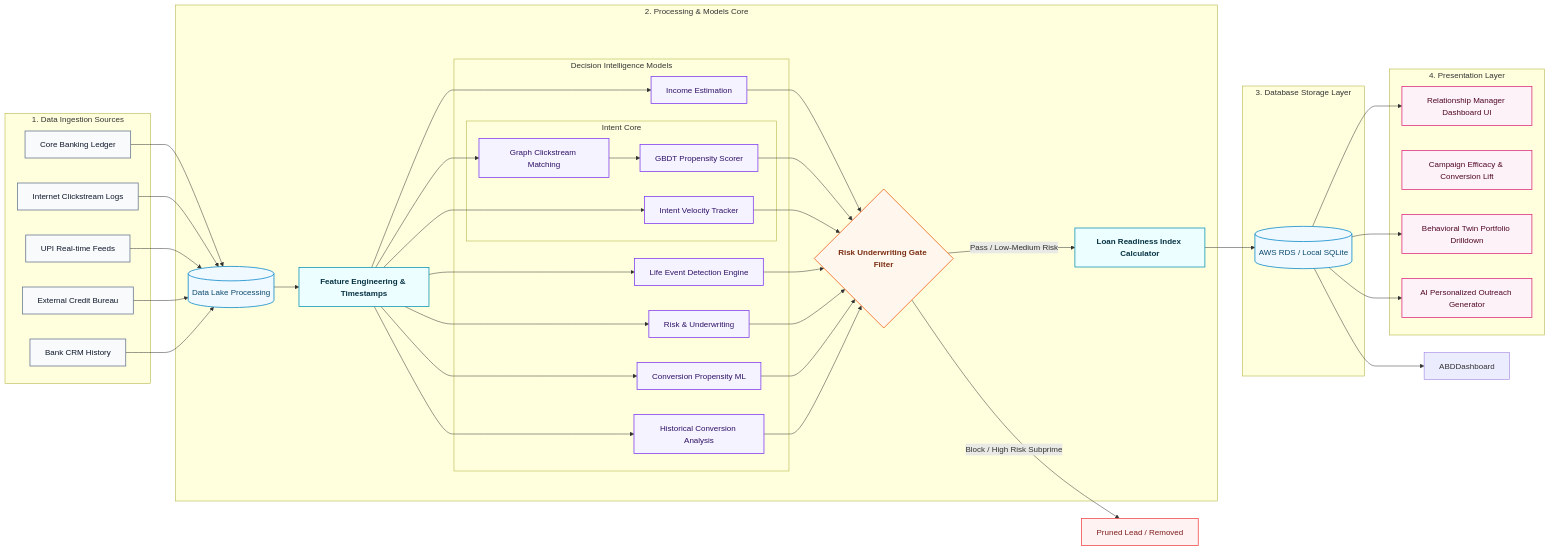
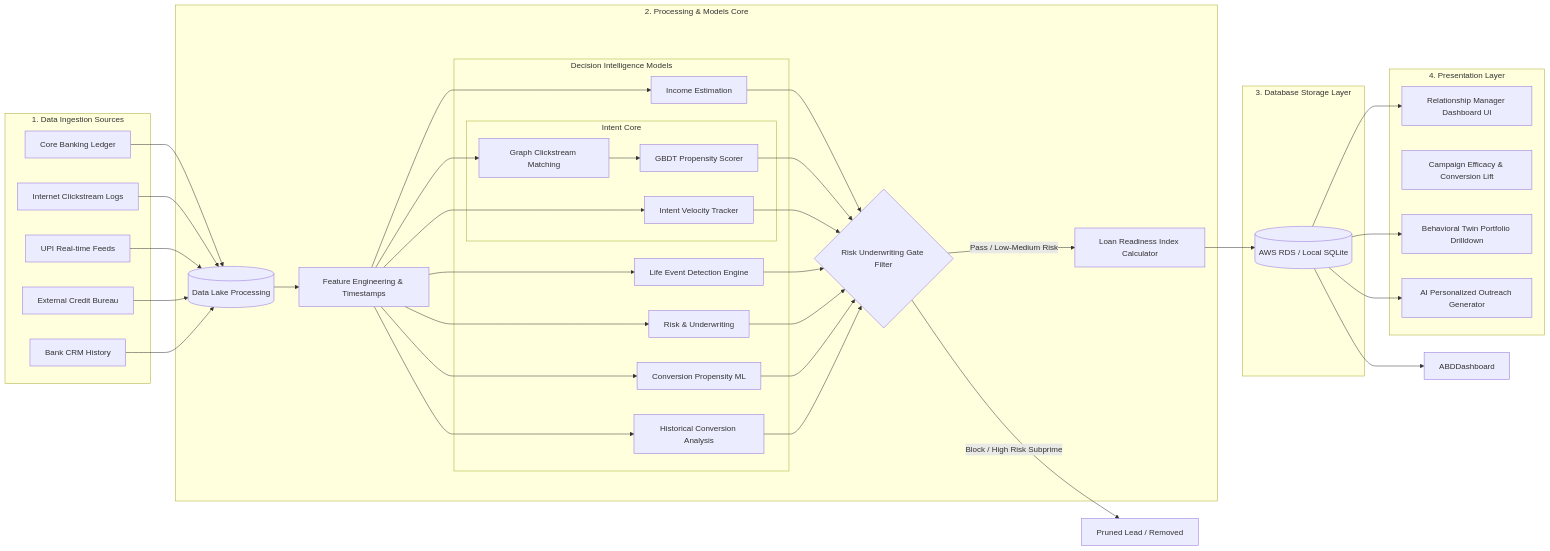
One commit to chiraghs/Alpha-Fin changed the first of 3 diagrams in README.md. Above: the diagram before and after it, drawn with Mermaid. The commit also changed other lines of this file, not shown here.

````diff
--- a/README.md
+++ b/README.md
@@ -122,21 +122,4 @@
     RDS --> ABDDashboard
     RDS --> TwinAnalyzer
     RDS --> Outreach
-
-    %% Beautiful Professional Slate & Pastel Styling Definitions
-    classDef source fill:#f8fafc,stroke:#64748b,stroke-width:1.5px,color:#0f172a;
-    classDef server fill:#ecfeff,stroke:#0891b2,stroke-width:1.5px,color:#083344,font-weight:bold;
-    classDef database fill:#f0f9ff,stroke:#0284c7,stroke-width:1.5px,color:#0c4a6e;
-    classDef model fill:#f5f3ff,stroke:#7c3aed,stroke-width:1.5px,color:#2e1065;
-    classDef filter fill:#fff7ed,stroke:#ea580c,stroke-width:1.5px,color:#7c2d12,font-weight:bold;
-    classDef block fill:#fef2f2,stroke:#ef4444,stroke-width:1.5px,color:#7f1d1d;
-    classDef presentation fill:#fdf2f8,stroke:#db2777,stroke-width:1.5px,color:#500724;
-
-    class CB,IB,UPI,Bureau,CRM source;
-    class FE,LRI server;
-    class Lake,RDS database;
-    class Income,Graph,GBDT,Velocity,LifeEvents,RiskModel,Conversion,History model;
-    class Pruning filter;
-    class Trash block;
-    class UI,ABDashboard,TwinAnalyzer,Outreach presentation;
 ```
````
